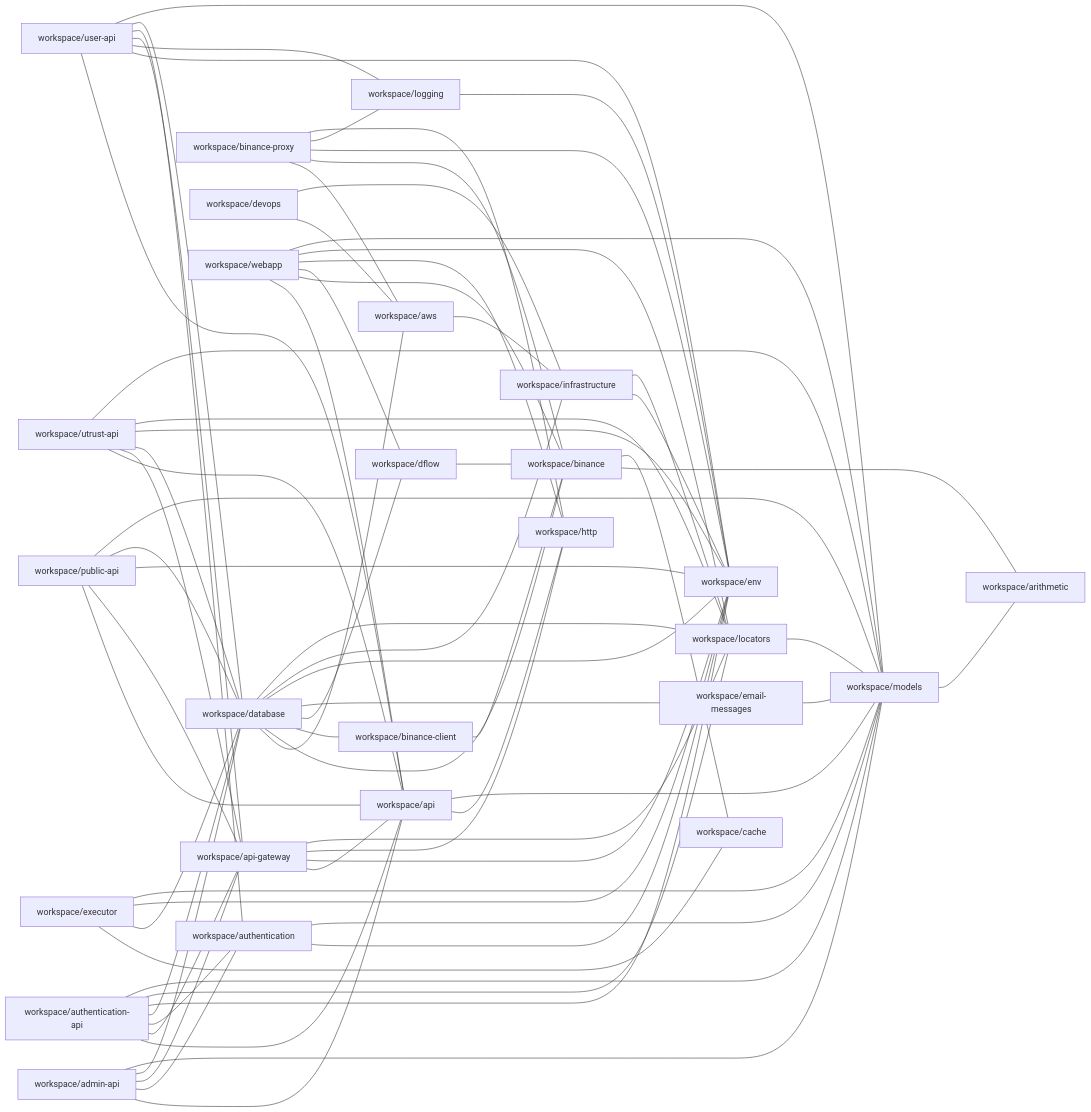
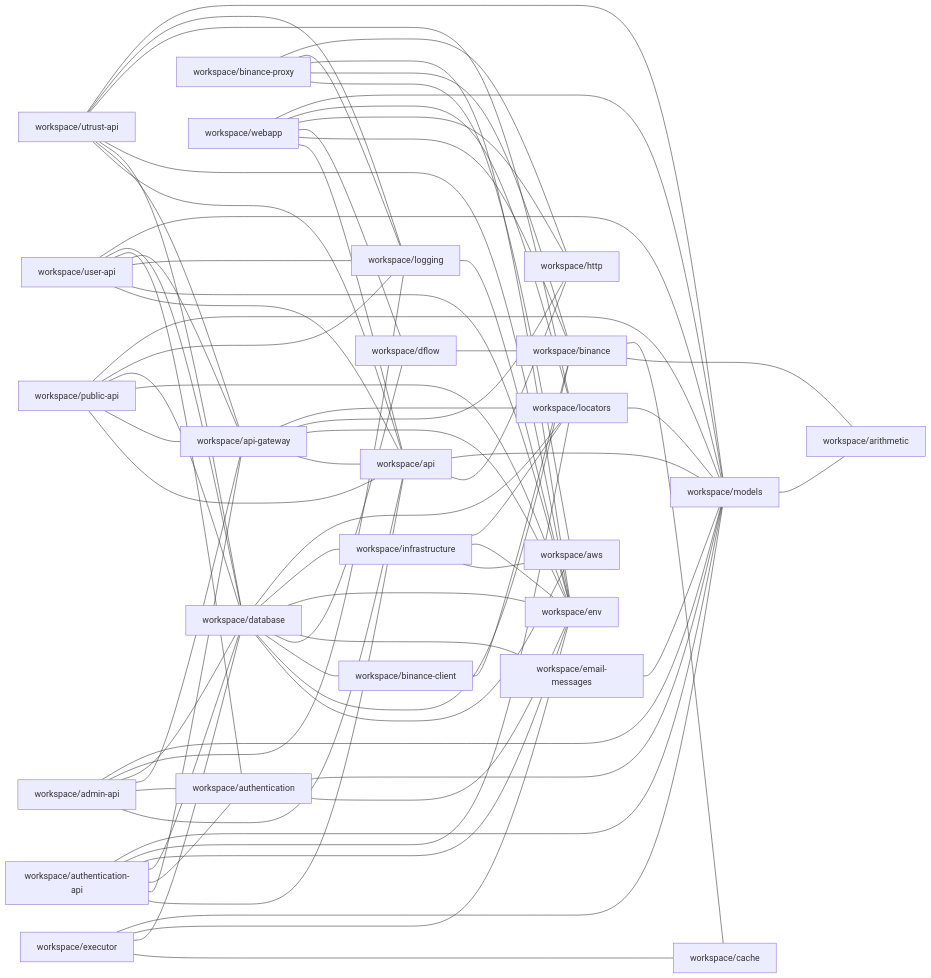
One commit to ggbot-org/ggbot changed the diagram in docs/npm-dependencies.md. Above: the diagram before and after it, drawn with Mermaid. The commit also changed other lines of this file and 30 other files, not shown here.

Commit message:
aws does not depend on infrastructure

````diff
--- a/docs/npm-dependencies.md
+++ b/docs/npm-dependencies.md
@@ -5,77 +5,78 @@
 ```mermaid
 graph LR
     workspace/admin-api --- workspace/api
     workspace/admin-api --- workspace/authentication
     workspace/admin-api --- workspace/api-gateway
     workspace/admin-api --- workspace/database
+    workspace/admin-api --- workspace/logging
     workspace/admin-api --- workspace/models
     workspace/api --- workspace/http
     workspace/api --- workspace/models
     workspace/api-gateway --- workspace/api
     workspace/api-gateway --- workspace/env
     workspace/api-gateway --- workspace/http
     workspace/api-gateway --- workspace/locators
     workspace/authentication --- workspace/env
     workspace/authentication --- workspace/models
     workspace/authentication-api --- workspace/api
     workspace/authentication-api --- workspace/api-gateway
     workspace/authentication-api --- workspace/authentication
     workspace/authentication-api --- workspace/database
     workspace/authentication-api --- workspace/env
     workspace/authentication-api --- workspace/locators
     workspace/authentication-api --- workspace/models
-    workspace/aws --- workspace/infrastructure
     workspace/binance --- workspace/arithmetic
     workspace/binance --- workspace/cache
     workspace/binance-client --- workspace/binance
     workspace/binance-proxy --- workspace/aws
     workspace/binance-proxy --- workspace/binance
     workspace/binance-proxy --- workspace/env
     workspace/binance-proxy --- workspace/logging
     workspace/binance-proxy --- workspace/http
     workspace/database --- workspace/aws
     workspace/database --- workspace/binance
     workspace/database --- workspace/binance-client
     workspace/database --- workspace/dflow
     workspace/database --- workspace/email-messages
     workspace/database --- workspace/env
     workspace/database --- workspace/infrastructure
     workspace/database --- workspace/locators
-    workspace/devops --- workspace/aws
-    workspace/devops --- workspace/infrastructure
     workspace/dflow --- workspace/binance
     workspace/email-messages --- workspace/models
     workspace/executor --- workspace/cache
     workspace/executor --- workspace/database
     workspace/executor --- workspace/env
     workspace/executor --- workspace/models
+    workspace/infrastructure --- workspace/aws
     workspace/infrastructure --- workspace/env
     workspace/infrastructure --- workspace/locators
     workspace/locators --- workspace/models
     workspace/logging --- workspace/env
     workspace/models --- workspace/arithmetic
     workspace/public-api --- workspace/api
     workspace/public-api --- workspace/api-gateway
     workspace/public-api --- workspace/env
     workspace/public-api --- workspace/database
+    workspace/public-api --- workspace/logging
     workspace/public-api --- workspace/models
     workspace/user-api --- workspace/api
     workspace/user-api --- workspace/env
     workspace/user-api --- workspace/logging
     workspace/user-api --- workspace/api-gateway
     workspace/user-api --- workspace/authentication
     workspace/user-api --- workspace/database
     workspace/user-api --- workspace/models
     workspace/utrust-api --- workspace/api
     workspace/utrust-api --- workspace/api-gateway
     workspace/utrust-api --- workspace/database
     workspace/utrust-api --- workspace/env
     workspace/utrust-api --- workspace/locators
+    workspace/utrust-api --- workspace/logging
     workspace/utrust-api --- workspace/models
     workspace/webapp --- workspace/api
     workspace/webapp --- workspace/binance
     workspace/webapp --- workspace/dflow
     workspace/webapp --- workspace/http
     workspace/webapp --- workspace/locators
     workspace/webapp --- workspace/models
 ```
````
